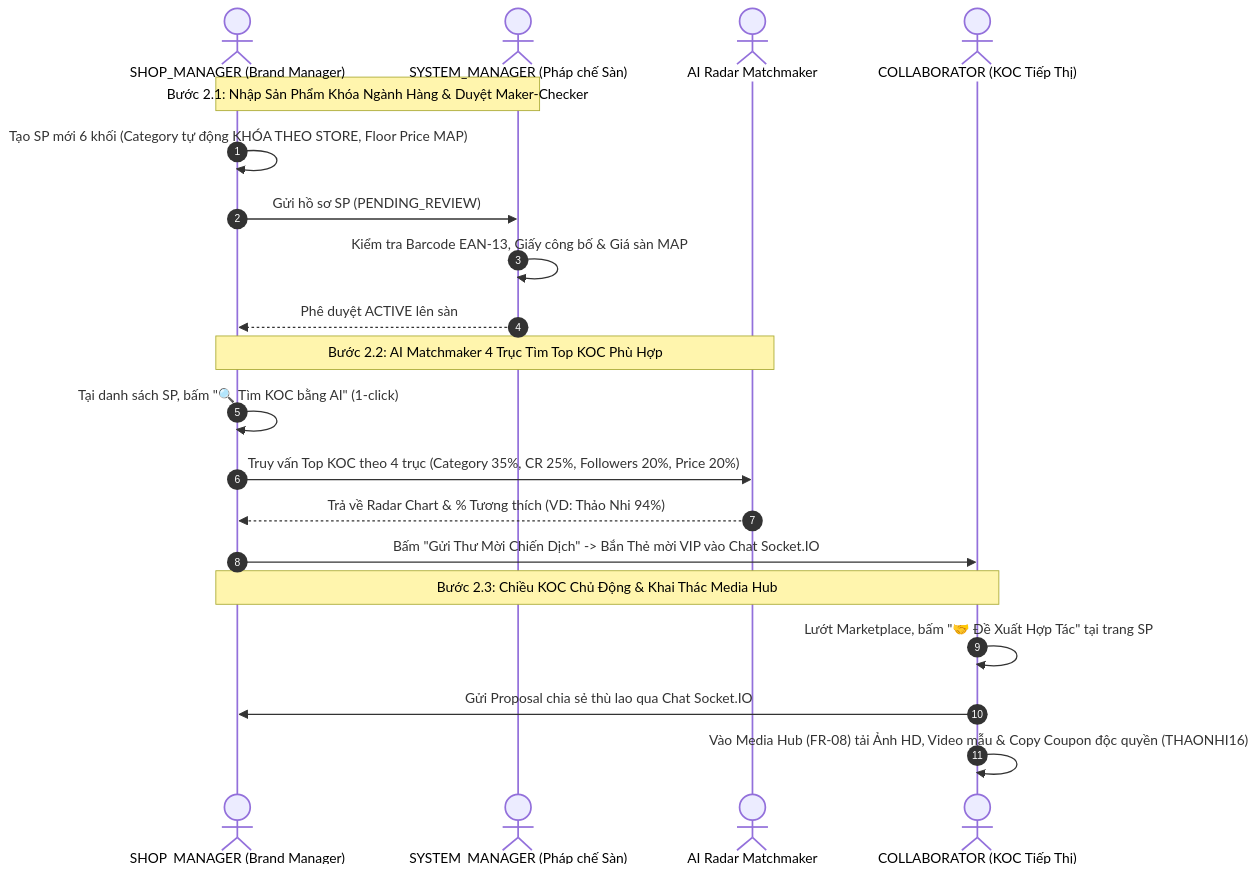
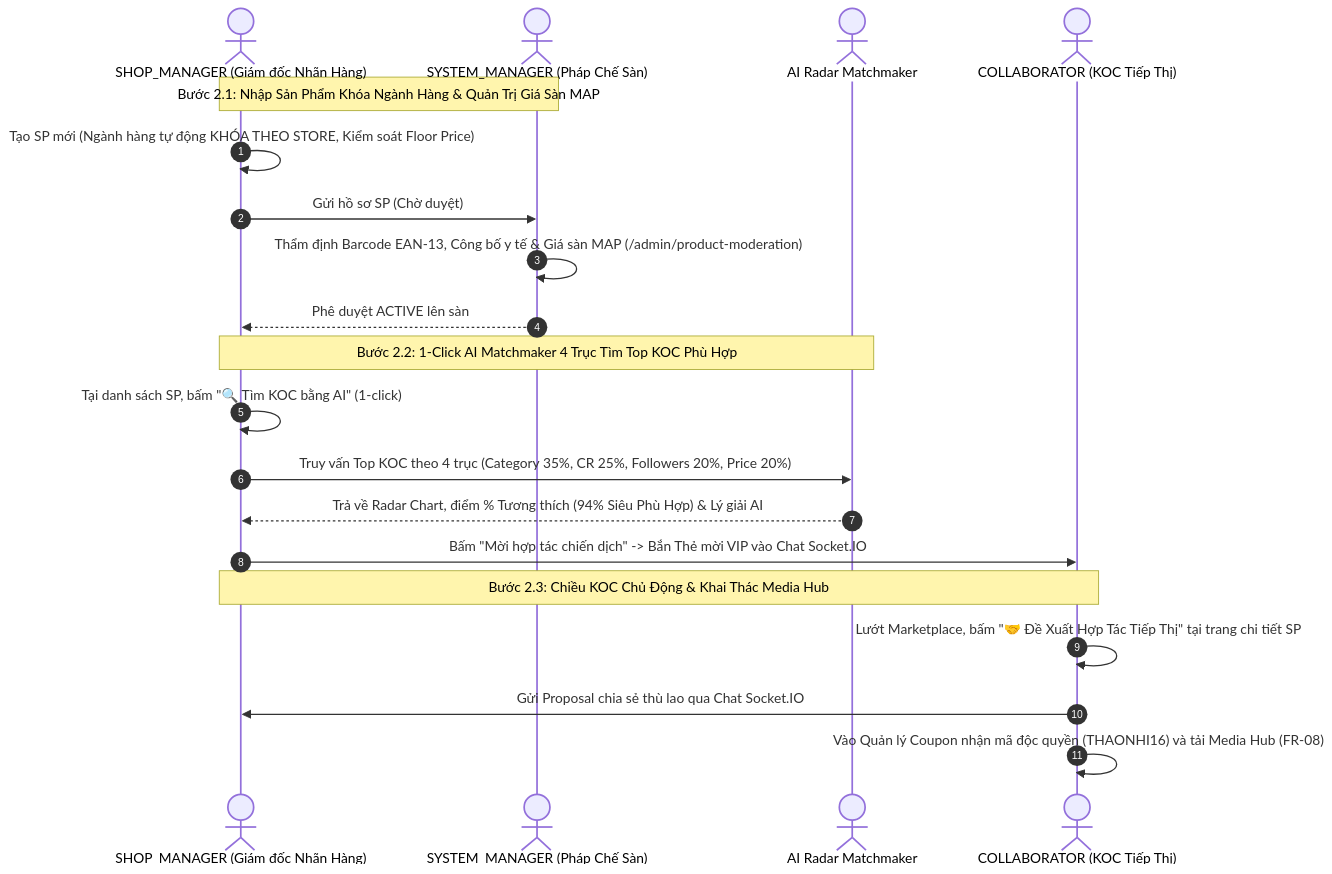
One commit to thang-nt25/SCANMS-project-capstone-fall26 changed the diagram in docs/FLOW_2_ANALYSIS_AND_ACTION_PLAN.md. Above: the diagram before and after it, drawn with Mermaid. The commit also changed other lines of this file and 7 other files, not shown here.

Commit message:
docs(flow2): hoan tat bao cao live test 7 buoc kem anh thuc nghiem va danh gia ux end user

````diff
--- a/docs/FLOW_2_ANALYSIS_AND_ACTION_PLAN.md
+++ b/docs/FLOW_2_ANALYSIS_AND_ACTION_PLAN.md
@@ -126,25 +124,25 @@
 ```mermaid
 sequenceDiagram
     autonumber
-    actor SM as SHOP_MANAGER (Brand Manager)
-    actor SYS as SYSTEM_MANAGER (Pháp chế Sàn)
+    actor SM as SHOP_MANAGER (Giám đốc Nhãn Hàng)
+    actor SYS as SYSTEM_MANAGER (Pháp Chế Sàn)
     actor AI as AI Radar Matchmaker
     actor KOC as COLLABORATOR (KOC Tiếp Thị)
 
-    Note over SM,SYS: Bước 2.1: Nhập Sản Phẩm Khóa Ngành Hàng & Duyệt Maker-Checker
-    SM->>SM: Tạo SP mới 6 khối (Category tự động KHÓA THEO STORE, Floor Price MAP)
-    SM->>SYS: Gửi hồ sơ SP (PENDING_REVIEW)
-    SYS->>SYS: Kiểm tra Barcode EAN-13, Giấy công bố & Giá sàn MAP
+    Note over SM,SYS: Bước 2.1: Nhập Sản Phẩm Khóa Ngành Hàng & Quản Trị Giá Sàn MAP
+    SM->>SM: Tạo SP mới (Ngành hàng tự động KHÓA THEO STORE, Kiểm soát Floor Price)
+    SM->>SYS: Gửi hồ sơ SP (Chờ duyệt)
+    SYS->>SYS: Thẩm định Barcode EAN-13, Công bố y tế & Giá sàn MAP (/admin/product-moderation)
     SYS-->>SM: Phê duyệt ACTIVE lên sàn
 
-    Note over SM,AI: Bước 2.2: AI Matchmaker 4 Trục Tìm Top KOC Phù Hợp
+    Note over SM,AI: Bước 2.2: 1-Click AI Matchmaker 4 Trục Tìm Top KOC Phù Hợp
     SM->>SM: Tại danh sách SP, bấm "🔍 Tìm KOC bằng AI" (1-click)
     SM->>AI: Truy vấn Top KOC theo 4 trục (Category 35%, CR 25%, Followers 20%, Price 20%)
-    AI-->>SM: Trả về Radar Chart & % Tương thích (VD: Thảo Nhi 94%)
-    SM->>KOC: Bấm "Gửi Thư Mời Chiến Dịch" -> Bắn Thẻ mời VIP vào Chat Socket.IO
+    AI-->>SM: Trả về Radar Chart, điểm % Tương thích (94% Siêu Phù Hợp) & Lý giải AI
+    SM->>KOC: Bấm "Mời hợp tác chiến dịch" -> Bắn Thẻ mời VIP vào Chat Socket.IO
 
     Note over KOC,SM: Bước 2.3: Chiều KOC Chủ Động & Khai Thác Media Hub
-    KOC->>KOC: Lướt Marketplace, bấm "🤝 Đề Xuất Hợp Tác" tại trang SP
+    KOC->>KOC: Lướt Marketplace, bấm "🤝 Đề Xuất Hợp Tác Tiếp Thị" tại trang chi tiết SP
     KOC->>SM: Gửi Proposal chia sẻ thù lao qua Chat Socket.IO
-    KOC->>KOC: Vào Media Hub (FR-08) tải Ảnh HD, Video mẫu & Copy Coupon độc quyền (THAONHI16)
+    KOC->>KOC: Vào Quản lý Coupon nhận mã độc quyền (THAONHI16) và tải Media Hub (FR-08)
 ```
````
